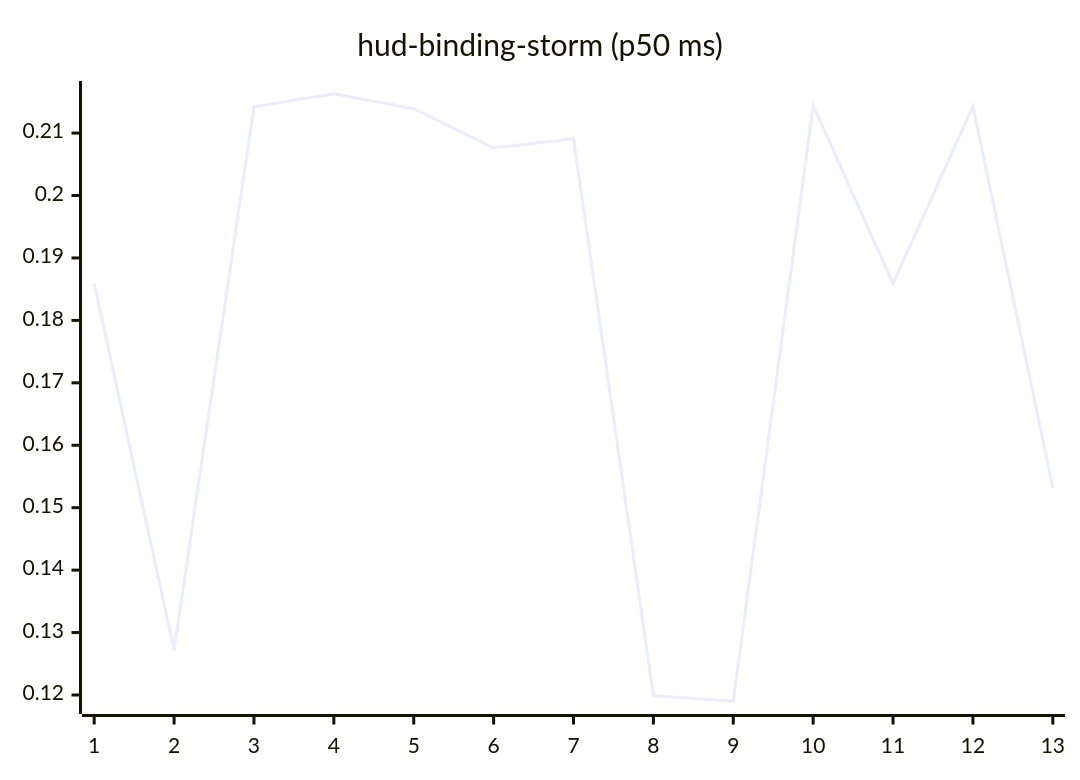
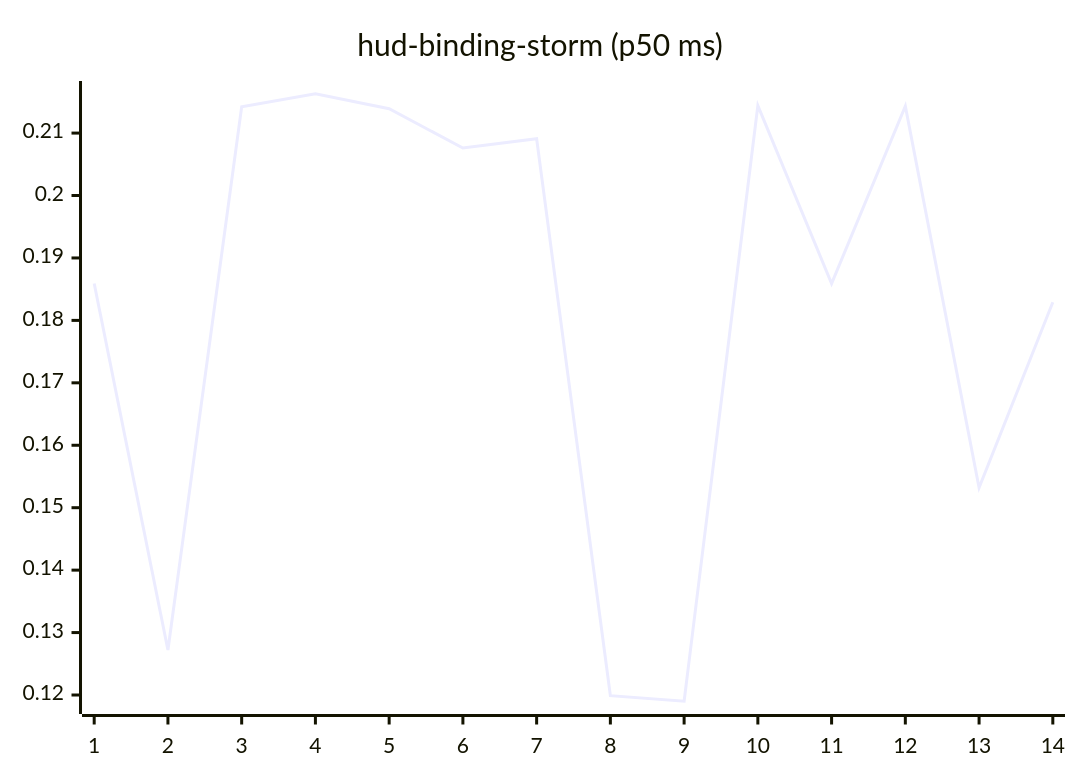
Before and after one commit to josha/Facet: the tenth of 27 diagrams in README.md, drawn with Mermaid. The commit also changed other lines of this file and 2 other files, not shown here.

````diff
--- a/README.md
+++ b/README.md
@@ -126,6 +126,6 @@
 ```mermaid
 xychart-beta
     title "hud-binding-storm (p50 ms)"
-    x-axis 1 --> 13
-    line [0.1859, 0.1272, 0.2142, 0.2163, 0.2139, 0.2076, 0.2091, 0.1199, 0.1190, 0.2144, 0.1859, 0.2143, 0.1532]
+    x-axis 1 --> 14
+    line [0.1859, 0.1272, 0.2142, 0.2163, 0.2139, 0.2076, 0.2091, 0.1199, 0.1190, 0.2144, 0.1859, 0.2143, 0.1532, 0.1829]
 ```
````
